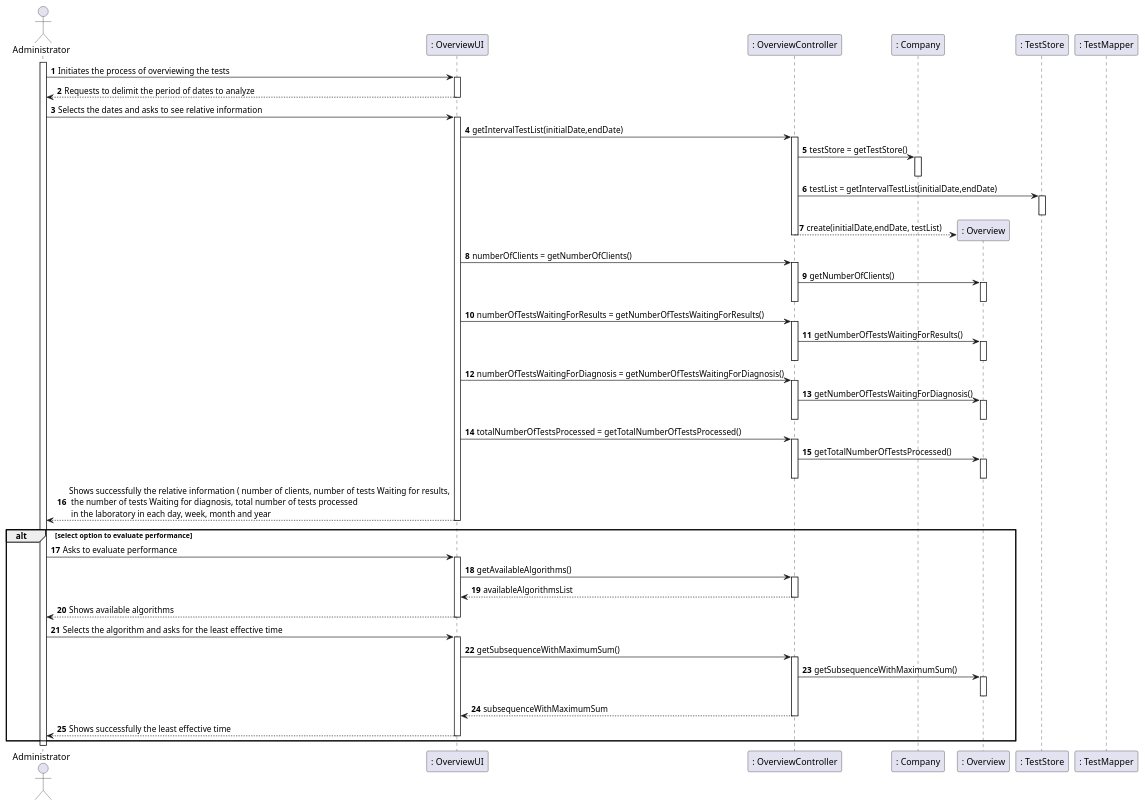
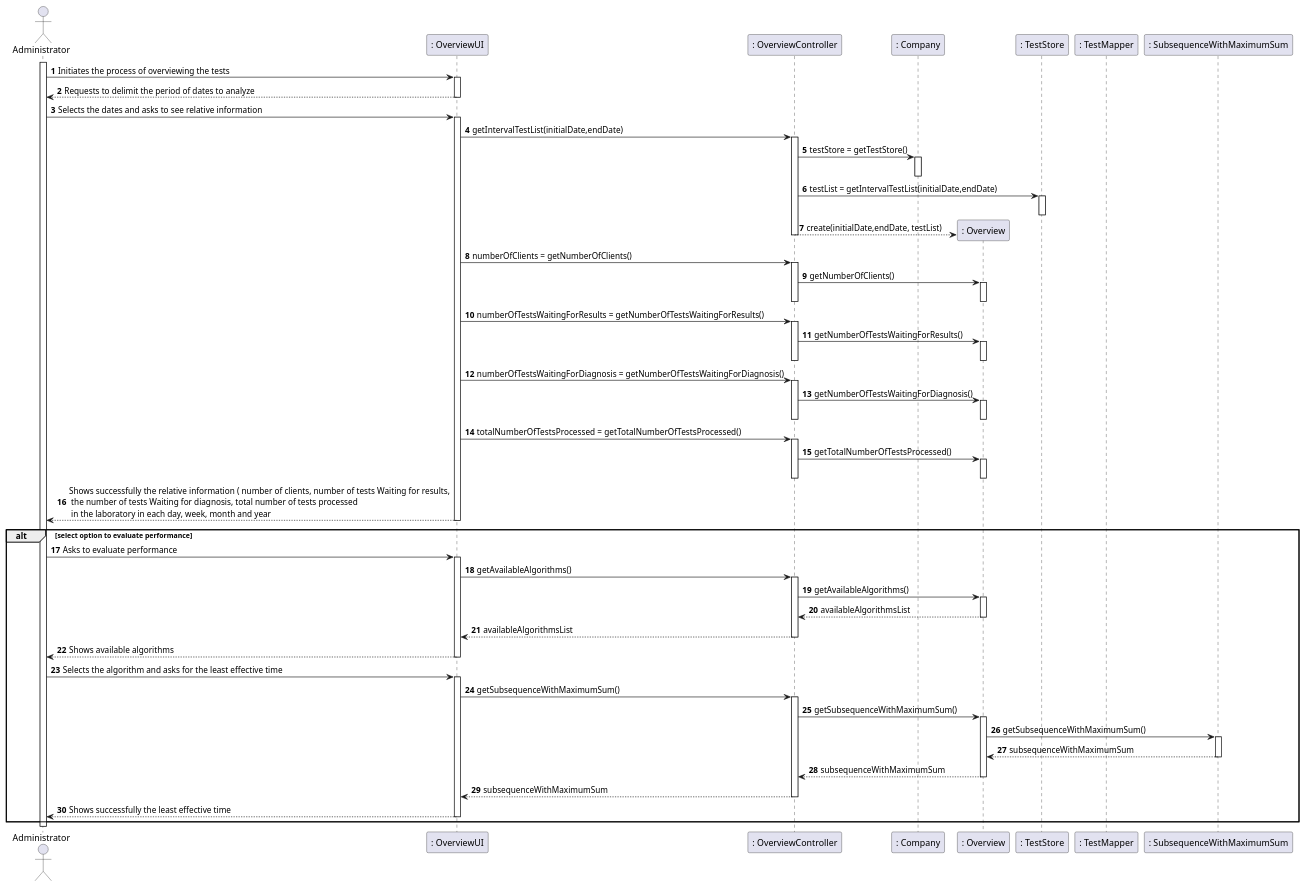
Before and after one commit to manu-07-ela/LAPR2_ISEP: the diagram in docs/SprintD/US16/US16_SD.puml, drawn with PlantUML. The commit also changed 1 other file, not shown here.

```diff
--- a/docs/SprintD/US16/US16_SD.puml
+++ b/docs/SprintD/US16/US16_SD.puml
@@ -1,88 +1,98 @@
 @startuml
 autonumber
 'hide footbox
 actor "Administrator" as ADMIN
 
 participant ": OverviewUI" as UI
 participant ": OverviewController" as CTRL
 participant ": Company" as COMP
 participant ": Overview" as OVERVIEW
 participant ": TestStore" as TS
 participant ": TestMapper" as tMAPPER
+participant ": SubsequenceWithMaximumSum" as interface
 
 activate ADMIN
 ADMIN -> UI : Initiates the process of overviewing the tests
 activate UI
 UI --> ADMIN : Requests to delimit the period of dates to analyze
 deactivate UI
 
 ADMIN -> UI : Selects the dates and asks to see relative information
 activate UI
 UI -> CTRL : getIntervalTestList(initialDate,endDate)
 activate CTRL
 
 CTRL -> COMP : testStore = getTestStore()
 activate COMP
 deactivate COMP
 CTRL -> TS : testList = getIntervalTestList(initialDate,endDate)
 activate TS
 deactivate TS
 CTRL --> OVERVIEW** : create(initialDate,endDate, testList)
 deactivate CTRL
 
 deactivate CTRL
 UI -> CTRL : numberOfClients = getNumberOfClients()
 activate CTRL
 CTRL -> OVERVIEW : getNumberOfClients()
 activate OVERVIEW
 deactivate OVERVIEW
 deactivate CTRL
 
 UI -> CTRL : numberOfTestsWaitingForResults = getNumberOfTestsWaitingForResults()
 activate CTRL
 CTRL -> OVERVIEW : getNumberOfTestsWaitingForResults()
 activate OVERVIEW
 deactivate OVERVIEW
 deactivate CTRL
 
 UI -> CTRL : numberOfTestsWaitingForDiagnosis = getNumberOfTestsWaitingForDiagnosis()
 activate CTRL
 CTRL -> OVERVIEW : getNumberOfTestsWaitingForDiagnosis()
 activate OVERVIEW
 deactivate OVERVIEW
 deactivate CTRL
 
 UI -> CTRL : totalNumberOfTestsProcessed = getTotalNumberOfTestsProcessed()
 activate CTRL
 CTRL -> OVERVIEW : getTotalNumberOfTestsProcessed()
 activate OVERVIEW
 deactivate OVERVIEW
 deactivate CTRL
 
 UI --> ADMIN : Shows successfully the relative information ( number of clients, number of tests Waiting for results,\n the number of tests Waiting for diagnosis, total number of tests processed \n in the laboratory in each day, week, month and year
 deactivate UI
 alt select option to evaluate performance
 ADMIN -> UI : Asks to evaluate performance
 activate UI
 UI -> CTRL : getAvailableAlgorithms()
 activate CTRL
+CTRL -> OVERVIEW : getAvailableAlgorithms()
+activate OVERVIEW
+OVERVIEW --> CTRL : availableAlgorithmsList
+deactivate OVERVIEW
 CTRL --> UI : availableAlgorithmsList
 deactivate CTRL
 UI --> ADMIN : Shows available algorithms
 deactivate UI
 
 ADMIN -> UI : Selects the algorithm and asks for the least effective time
 activate UI
 UI -> CTRL : getSubsequenceWithMaximumSum()
 activate CTRL
 CTRL -> OVERVIEW : getSubsequenceWithMaximumSum()
 activate OVERVIEW
+OVERVIEW -> interface : getSubsequenceWithMaximumSum()
+activate interface
+interface --> OVERVIEW : subsequenceWithMaximumSum
+deactivate interface
+OVERVIEW --> CTRL : subsequenceWithMaximumSum
 deactivate OVERVIEW
 CTRL --> UI : subsequenceWithMaximumSum
 deactivate CTRL
 UI --> ADMIN : Shows successfully the least effective time
 deactivate UI
 end
 deactivate ADMIN
 
 @enduml
```
